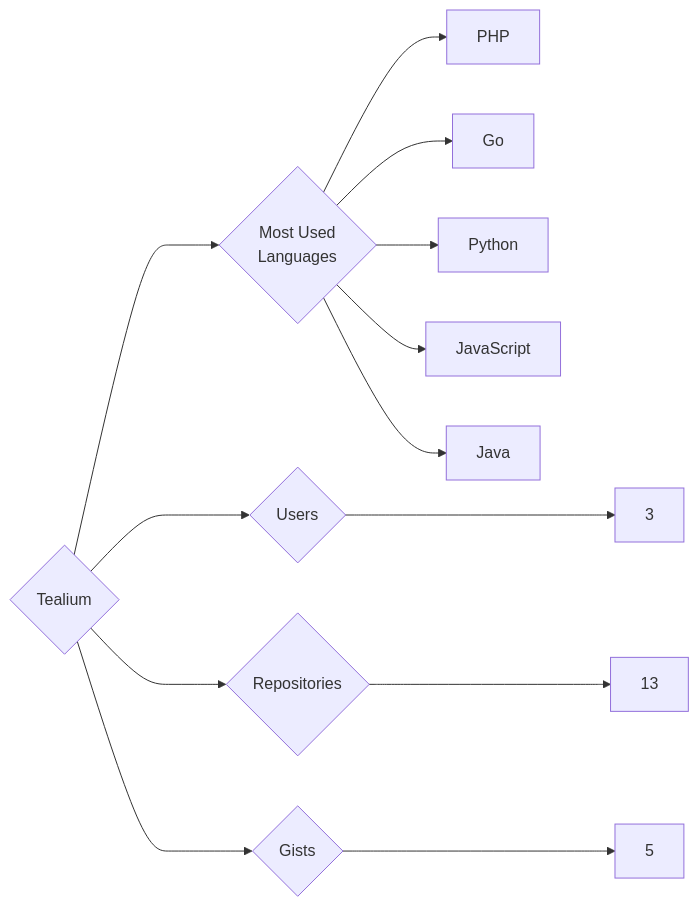
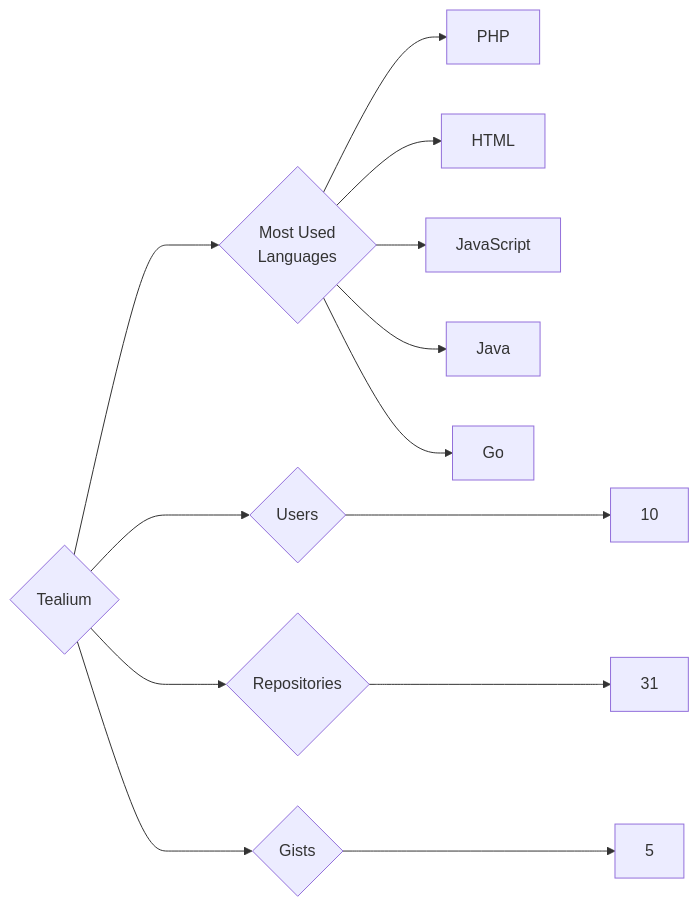
Before and after one commit to trickest/insiders: the diagram in targets/Tealium/README.md, drawn with Mermaid. The commit also changed 681 other files, not shown here.

````diff
--- a/targets/Tealium/README.md
+++ b/targets/Tealium/README.md
@@ -3,13 +3,13 @@
 ```mermaid
 graph LR
 COMPANY_NAME{Tealium}
-COMPANY_NAME ---> U{Users} ---> UN[3]
-COMPANY_NAME ---> R{Repositories} ---> RN[13]
+COMPANY_NAME ---> U{Users} ---> UN[10]
+COMPANY_NAME ---> R{Repositories} ---> RN[31]
 COMPANY_NAME ---> G{Gists} ---> GN[5]
 COMPANY_NAME ---> ML{Most Used<br>Languages}
 ML --> PHP[PHP]
-ML --> Go[Go]
-ML --> Python[Python]
+ML --> HTML[HTML]
 ML --> JavaScript[JavaScript]
 ML --> Java[Java]
+ML --> Go[Go]
 ```
````
